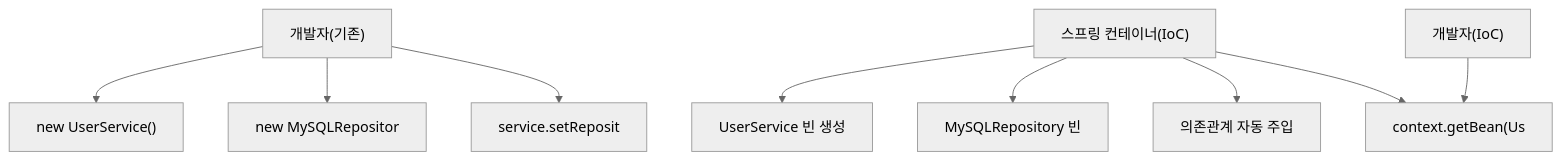
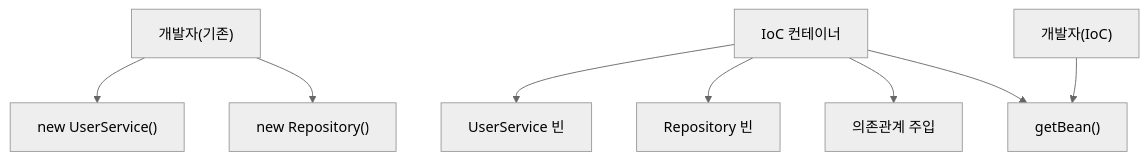
One commit to yjkim2015/yjkim2015.github.io changed the first of 4 diagrams in _posts/spring/2022-06-16-제어의역전.md. Above: the diagram before and after it, drawn with Mermaid (neutral theme). The commit also changed 155 other files, not shown here.

First line of the commit message:
Mermaid 전면 수정: subgraph 제거, participant/노드/줄수 축소 (342블록)

````diff
--- a/_posts/spring/2022-06-16-제어의역전.md
+++ b/_posts/spring/2022-06-16-제어의역전.md
@@ -55,11 +55,10 @@
 ```mermaid
 graph TD
     DEV["개발자(기존)"] --> A["new UserService()"]
-    DEV --> B["new MySQLRepositor"]
-    DEV --> C["service.setReposit"]
-    CTX["스프링 컨테이너(IoC)"] --> D["UserService 빈 생성"]
-    CTX --> E["MySQLRepository 빈"]
-    CTX --> F["의존관계 자동 주입"]
-    APP["개발자(IoC)"] --> G["context.getBean(Us"]
+    DEV --> B["new Repository()"]
+    CTX["IoC 컨테이너"] --> D["UserService 빈"]
+    CTX --> E["Repository 빈"]
+    CTX --> F["의존관계 주입"]
+    APP["개발자(IoC)"] --> G["getBean()"]
     CTX --> G
 ```
````
